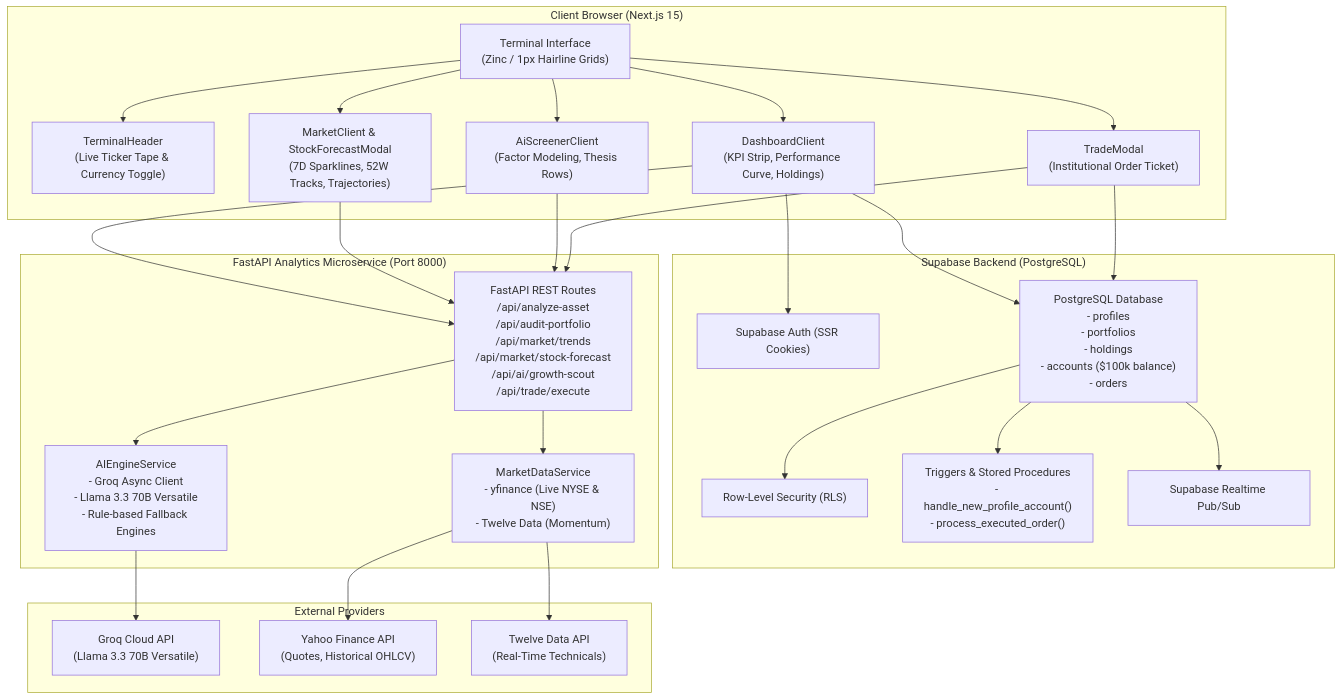
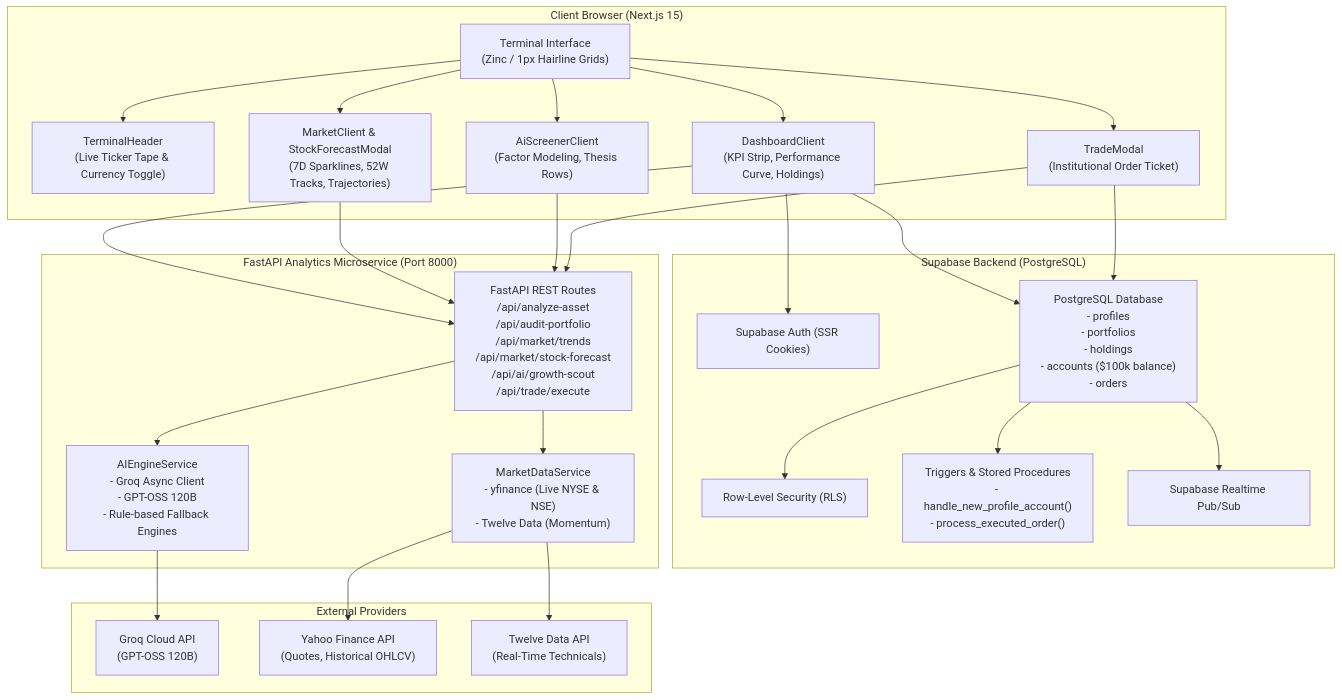
Before and after one commit to akarsh957/SimpleInvest: the diagram in PROJECT_DOCUMENTATION.md, drawn with Mermaid. The commit also changed other lines of this file and 7 other files, not shown here.

````diff
--- a/PROJECT_DOCUMENTATION.md
+++ b/PROJECT_DOCUMENTATION.md
@@ -33,56 +33,56 @@
 ```mermaid
 graph TD
     subgraph Client ["Client Browser (Next.js 15)"]
         UI["Terminal Interface<br/>(Zinc / 1px Hairline Grids)"]
         Nav["TerminalHeader<br/>(Live Ticker Tape & Currency Toggle)"]
         Dash["DashboardClient<br/>(KPI Strip, Performance Curve, Holdings)"]
         Mkt["MarketClient & StockForecastModal<br/>(7D Sparklines, 52W Tracks, Trajectories)"]
         Scr["AiScreenerClient<br/>(Factor Modeling, Thesis Rows)"]
         Trd["TradeModal<br/>(Institutional Order Ticket)"]
     end
 
     subgraph Supabase ["Supabase Backend (PostgreSQL)"]
         Auth["Supabase Auth (SSR Cookies)"]
         DB["PostgreSQL Database<br/>- profiles<br/>- portfolios<br/>- holdings<br/>- accounts ($100k balance)<br/>- orders"]
         RLS["Row-Level Security (RLS)"]
         Triggers["Triggers & Stored Procedures<br/>- handle_new_profile_account()<br/>- process_executed_order()"]
         Realtime["Supabase Realtime Pub/Sub"]
     end
 
     subgraph FastAPI ["FastAPI Analytics Microservice (Port 8000)"]
         API["FastAPI REST Routes<br/>/api/analyze-asset<br/>/api/audit-portfolio<br/>/api/market/trends<br/>/api/market/stock-forecast<br/>/api/ai/growth-scout<br/>/api/trade/execute"]
         DataSvc["MarketDataService<br/>- yfinance (Live NYSE & NSE)<br/>- Twelve Data (Momentum)"]
-        AIEngine["AIEngineService<br/>- Groq Async Client<br/>- Llama 3.3 70B Versatile<br/>- Rule-based Fallback Engines"]
+        AIEngine["AIEngineService<br/>- Groq Async Client<br/>- GPT-OSS 120B<br/>- Rule-based Fallback Engines"]
     end
 
     subgraph External ["External Providers"]
-        Groq["Groq Cloud API<br/>(Llama 3.3 70B Versatile)"]
+        Groq["Groq Cloud API<br/>(GPT-OSS 120B)"]
         YF["Yahoo Finance API<br/>(Quotes, Historical OHLCV)"]
         TD["Twelve Data API<br/>(Real-Time Technicals)"]
     end
 
     UI --> Nav
     UI --> Dash
     UI --> Mkt
     UI --> Scr
     UI --> Trd
 
     Dash --> Auth
     Dash --> DB
     Dash --> API
     Mkt --> API
     Scr --> API
     Trd --> API
     Trd --> DB
 
     DB --> RLS
     DB --> Triggers
     DB --> Realtime
 
     API --> DataSvc
     API --> AIEngine
 
     DataSvc --> YF
     DataSvc --> TD
     AIEngine --> Groq
 ```
````
